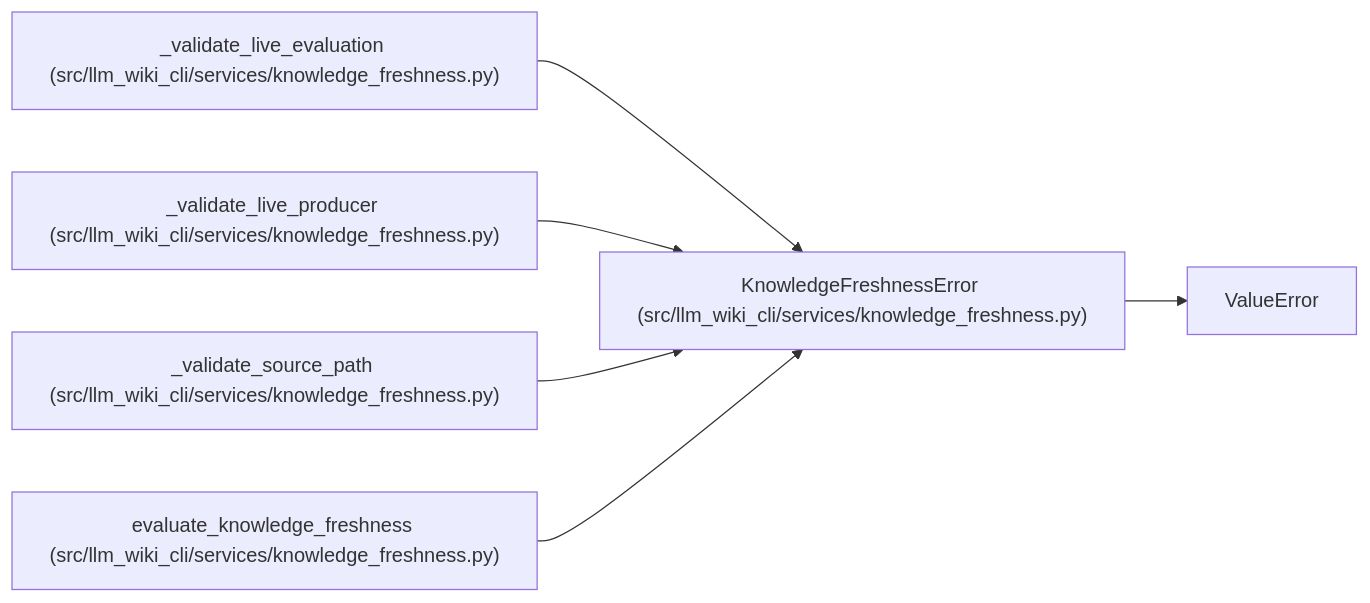
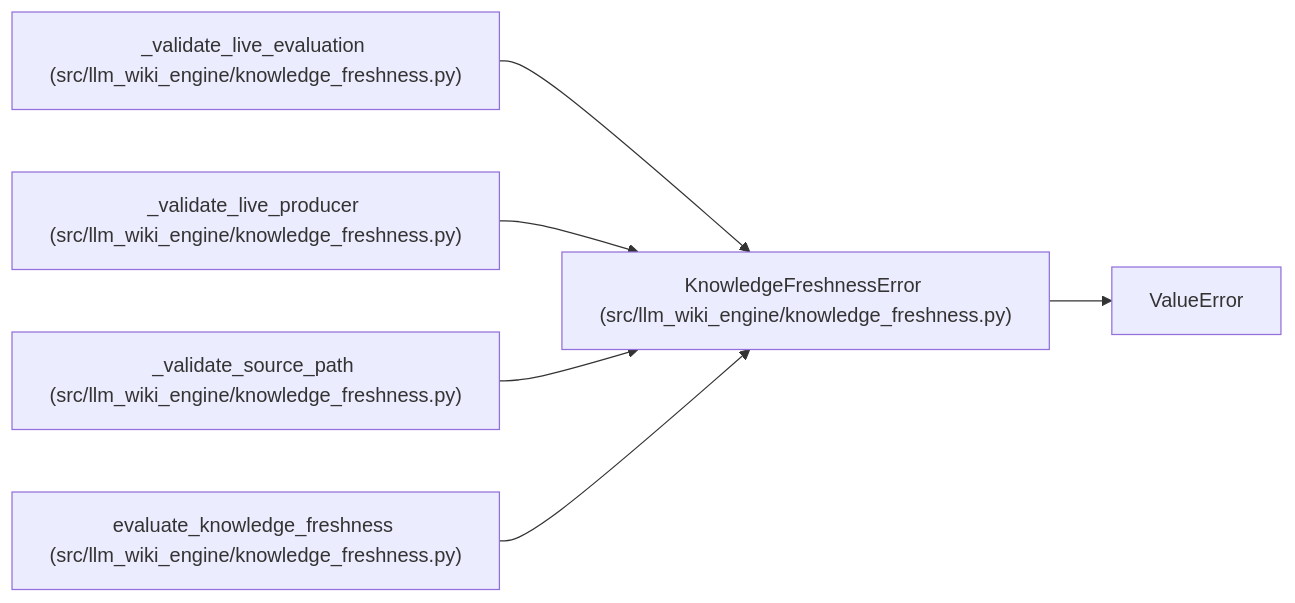
Before and after one commit to Denissvgn/python-wiki-llm: the diagram in docs/llm_wiki/entities/KnowledgeFreshnessError.md, drawn with Mermaid. The commit also changed other lines of this file and 1058 other files, not shown here.

First line of the commit message:
docs: refresh the wiki for the knowledge store move

````diff
--- a/docs/llm_wiki/entities/KnowledgeFreshnessError.md
+++ b/docs/llm_wiki/entities/KnowledgeFreshnessError.md
@@ -25,19 +25,19 @@
 ```mermaid
 flowchart LR
-    n0["KnowledgeFreshnessError (src/llm_wiki_cli/services/knowledge_freshness.py)"]
+    n0["KnowledgeFreshnessError (src/llm_wiki_engine/knowledge_freshness.py)"]
     n1["ValueError"]
-    n2["_validate_live_evaluation (src/llm_wiki_cli/services/knowledge_freshness.py)"]
-    n3["_validate_live_producer (src/llm_wiki_cli/services/knowledge_freshness.py)"]
-    n4["_validate_source_path (src/llm_wiki_cli/services/knowledge_freshness.py)"]
-    n5["evaluate_knowledge_freshness (src/llm_wiki_cli/services/knowledge_freshness.py)"]
+    n2["_validate_live_evaluation (src/llm_wiki_engine/knowledge_freshness.py)"]
+    n3["_validate_live_producer (src/llm_wiki_engine/knowledge_freshness.py)"]
+    n4["_validate_source_path (src/llm_wiki_engine/knowledge_freshness.py)"]
+    n5["evaluate_knowledge_freshness (src/llm_wiki_engine/knowledge_freshness.py)"]
     n0 --> n1
     n2 --> n0
     n3 --> n0
     n4 --> n0
     n5 --> n0
     click n0 "../modules/knowledge_freshness.md"
     click n2 "../modules/knowledge_freshness.md"
     click n3 "../modules/knowledge_freshness.md"
     click n4 "../modules/knowledge_freshness.md"
     click n5 "../modules/knowledge_freshness.md"
 ```
````
